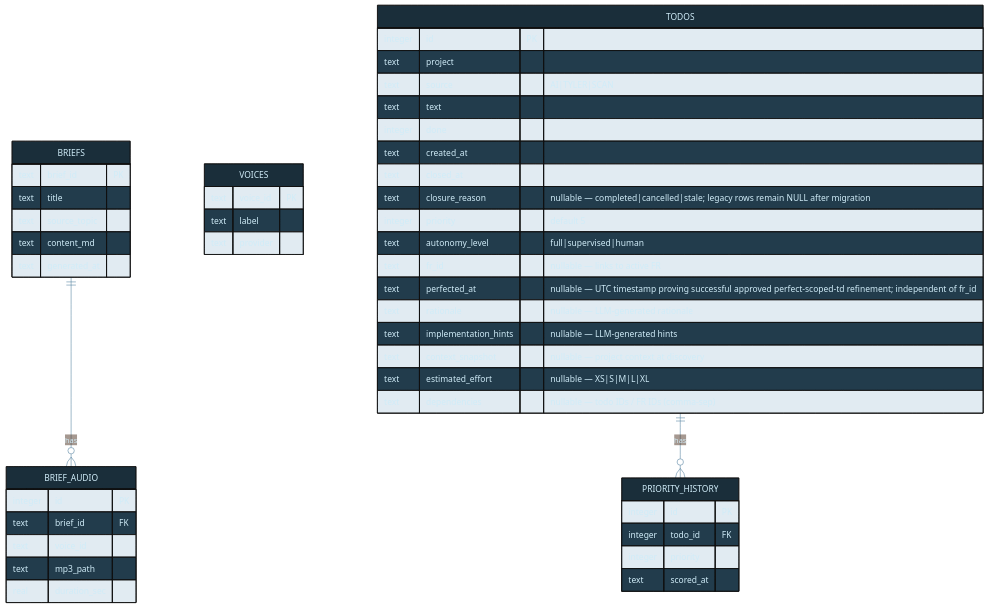
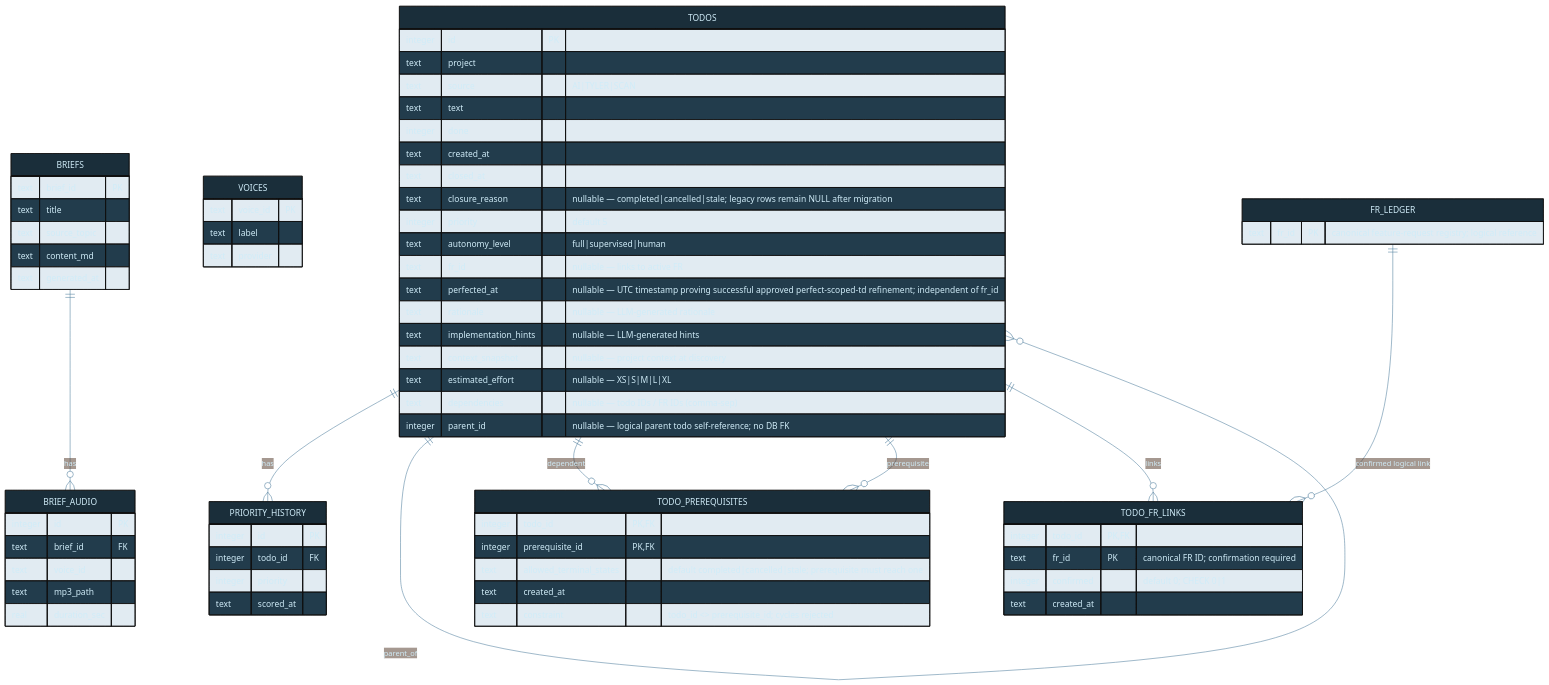
Before and after one commit to tylerdrakemusic/-Workspace: the diagram in diagrams/manifest-db-schema.mmd, drawn with Mermaid. The commit also changed 3 other files, not shown here.

Commit message:
⊕ workspace: implement governed todo graph guidance

```diff
--- a/diagrams/manifest-db-schema.mmd
+++ b/diagrams/manifest-db-schema.mmd
@@ -1,48 +1,70 @@
 %%{init: {'theme': 'base', 'themeVariables': {'primaryColor': '#1a2e3a', 'primaryTextColor': '#d0ecf8', 'edgeLabelBackground': '#0f1318', 'lineColor': '#4a7a9a'}}}%%
 erDiagram
     BRIEFS ||--o{ BRIEF_AUDIO : has
     BRIEFS {
         text brief_id PK
         text title
         text source_topic
         text content_md
         text generated_at
     }
     BRIEF_AUDIO {
         integer id PK
         text brief_id FK
         text voice_id
         text mp3_path
         real duration_sec
     }
     VOICES {
         text voice_id PK
         text label
         text provider
     }
     TODOS ||--o{ PRIORITY_HISTORY : has
+    TODOS ||--o{ TODOS : parent_of
+    TODOS ||--o{ TODO_PREREQUISITES : dependent
+    TODOS ||--o{ TODO_PREREQUISITES : prerequisite
+    TODOS ||--o{ TODO_FR_LINKS : links
+    FR_LEDGER ||--o{ TODO_FR_LINKS : "confirmed logical link"
     TODOS {
         integer id PK
         text project
         text source "AI|TYLER|SCAN"
         text text
         integer done
         text created_at
         text closed_at
         text closure_reason "nullable — completed|cancelled|stale; legacy rows remain NULL after migration"
         integer priority "default 5"
         text autonomy_level "full|supervised|human"
         text fr_id "nullable — links to active FR"
         text perfected_at "nullable — UTC timestamp proving successful approved perfect-scoped-td refinement; independent of fr_id"
         text rationale "nullable — LLM-generated rationale"
         text implementation_hints "nullable — LLM-generated hints"
         text context_snapshot "nullable — project context at discovery"
         text estimated_effort "nullable — XS|S|M|L|XL"
         text dependencies "nullable — todo IDs / FR IDs (comma-sep)"
+        integer parent_id "nullable — logical parent todo self-reference; no DB FK"
+    }
+    TODO_PREREQUISITES {
+        integer todo_id PK, FK
+        integer prerequisite_id PK, FK
+        text allowed_terminal_states "default completed|cancelled|stale; prerequisite must reach one"
+        text created_at
+        text constraint "todo_id <> prerequisite_id; cycles rejected"
+    }
+    TODO_FR_LINKS {
+        integer todo_id PK, FK
+        text fr_id PK "canonical FR ID; confirmation required"
+        integer confirmed "default 0; CHECK 0|1"
+        text created_at
+    }
+    FR_LEDGER {
+        text fr_id PK "canonical feature-request registry; logical reference"
     }
     PRIORITY_HISTORY {
         integer id PK
         integer todo_id FK
         integer priority
         text scored_at
     }
```
